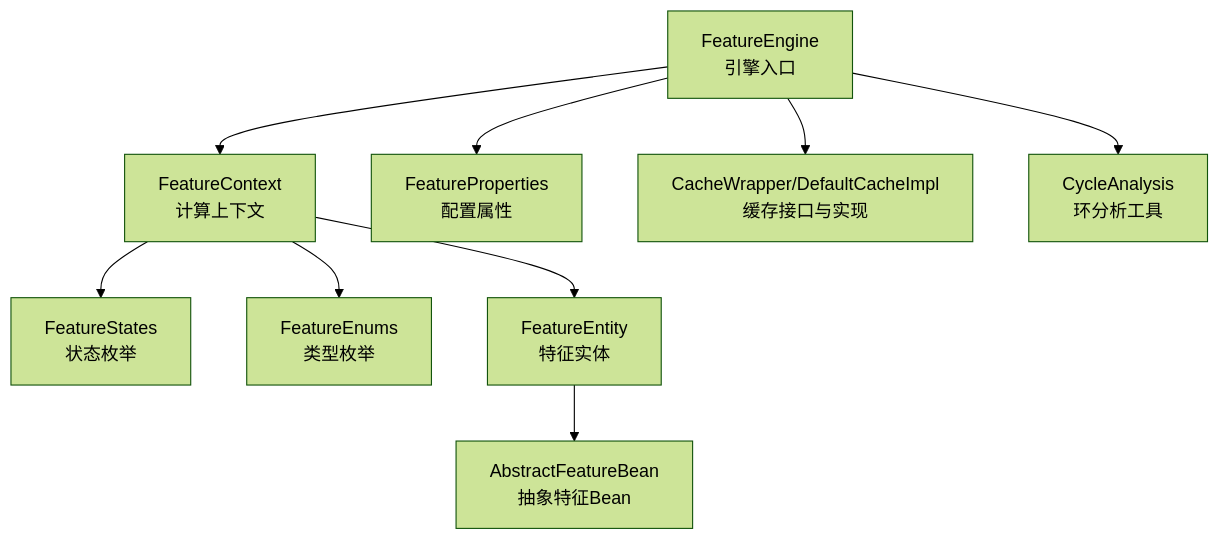
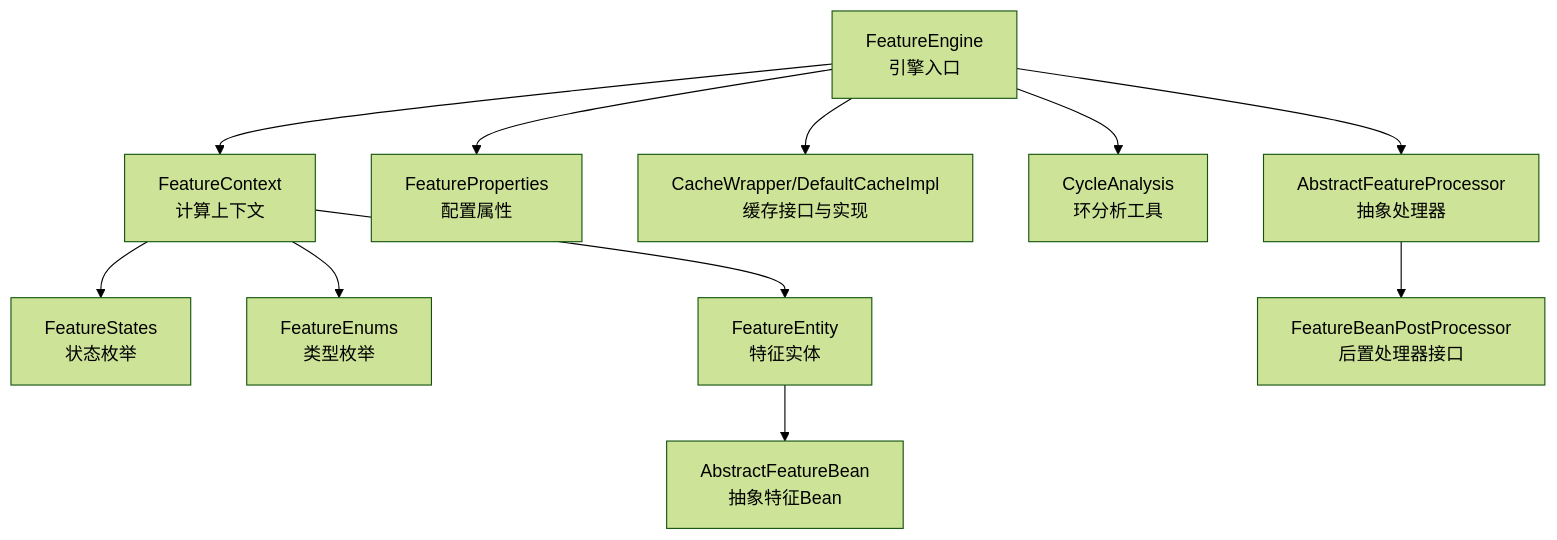
One commit to txzhanghuan/feature changed the first of 9 diagrams in .qoder/repowiki/zh/content/高级用法/高级用法.md. Above: the diagram before and after it, drawn with Mermaid (forest theme). The commit also changed other lines of this file and 48 other files, not shown here.

````diff
--- a/.qoder/repowiki/zh/content/高级用法/高级用法.md
+++ b/.qoder/repowiki/zh/content/高级用法/高级用法.md
@@ -54,11 +68,13 @@
 ```mermaid
 graph TB
 FE["FeatureEngine<br/>引擎入口"] --> FC["FeatureContext<br/>计算上下文"]
 FC --> FS["FeatureStates<br/>状态枚举"]
 FC --> FEI["FeatureEnums<br/>类型枚举"]
 FC --> ENT["FeatureEntity<br/>特征实体"]
 ENT --> ABS["AbstractFeatureBean<br/>抽象特征Bean"]
 FE --> PROP["FeatureProperties<br/>配置属性"]
 FE --> CW["CacheWrapper/DefaultCacheImpl<br/>缓存接口与实现"]
 FE --> CYC["CycleAnalysis<br/>环分析工具"]
+FE --> AFP["AbstractFeatureProcessor<br/>抽象处理器"]
+AFP --> FBPP["FeatureBeanPostProcessor<br/>后置处理器接口"]
 ```
````
